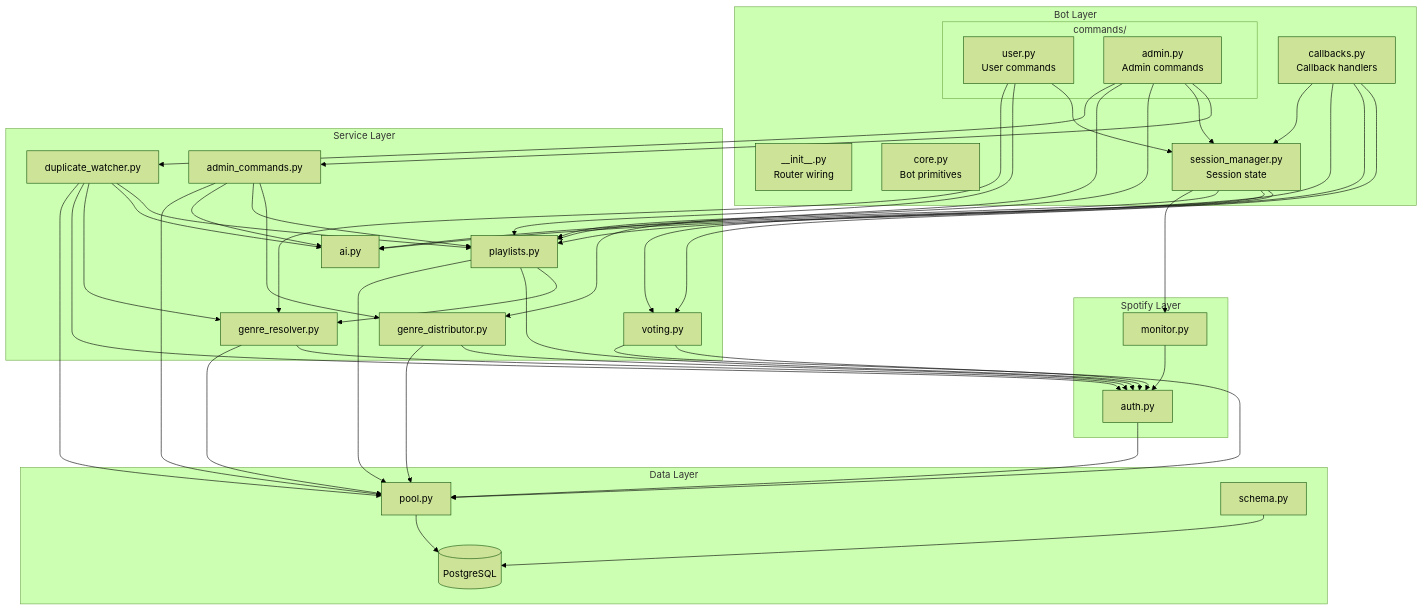
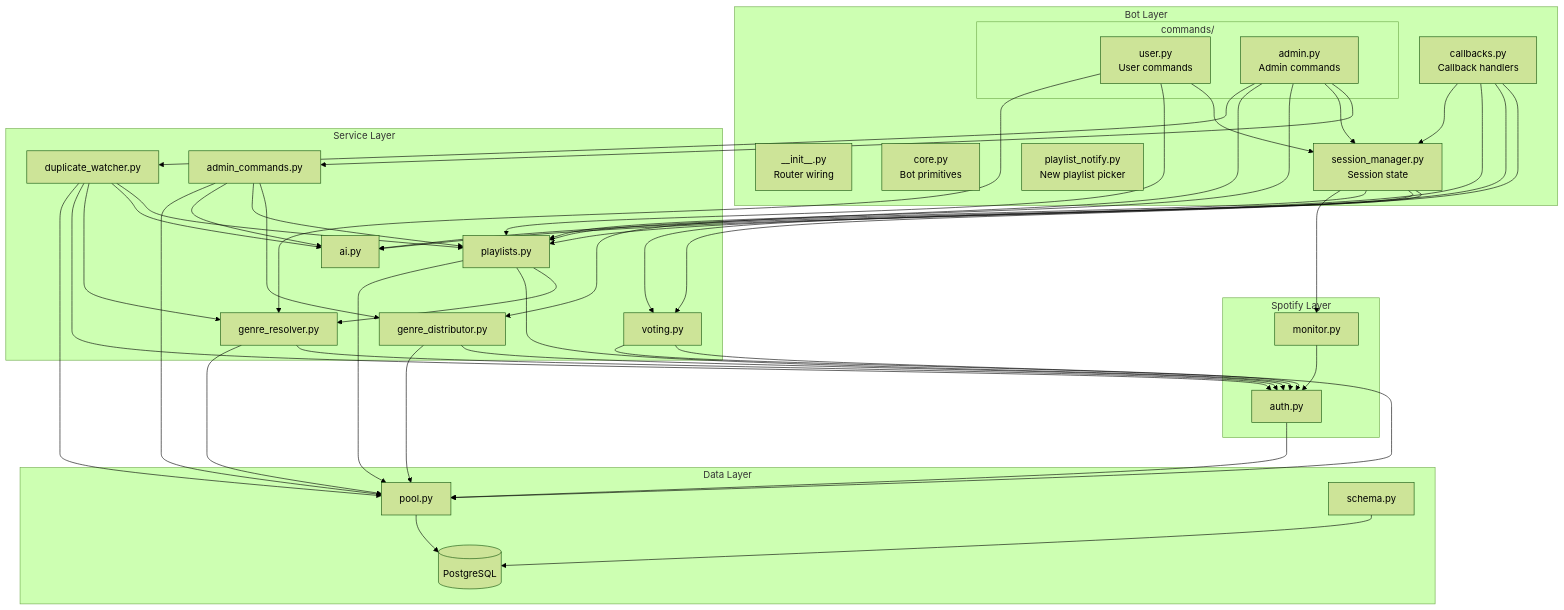
Before and after one commit to ndomanovskiy/maspotifybot: the diagram in docs/architecture/01-modules.md, drawn with Mermaid (forest theme). The commit also changed other lines of this file and 14 other files, not shown here.

````diff
--- a/docs/architecture/01-modules.md
+++ b/docs/architecture/01-modules.md
@@ -5,78 +5,79 @@
 ```mermaid
 graph TB
     subgraph Telegram["Bot Layer"]
         INIT["__init__.py<br/>Router wiring"]
         CORE["core.py<br/>Bot primitives"]
         SM["session_manager.py<br/>Session state"]
         CB["callbacks.py<br/>Callback handlers"]
+        PN["playlist_notify.py<br/>New playlist picker"]
         subgraph Commands["commands/"]
             USR["user.py<br/>User commands"]
             ADM["admin.py<br/>Admin commands"]
         end
     end
 
     subgraph Services["Service Layer"]
         V[voting.py]
         P[playlists.py]
         AC[admin_commands.py]
         GD[genre_distributor.py]
         GR[genre_resolver.py]
         AI[ai.py]
         DW[duplicate_watcher.py]
     end
 
     subgraph Spotify["Spotify Layer"]
         AUTH[auth.py]
         MON[monitor.py]
     end
 
     subgraph Data["Data Layer"]
         DB[(PostgreSQL)]
         POOL[pool.py]
         SCH[schema.py]
     end
 
     SM --> V
     SM --> AI
     SM --> P
     CB --> V
     CB --> P
     CB --> AI
     CB --> SM
     USR --> SM
     USR --> P
     USR --> GR
     ADM --> AC
     ADM --> SM
     ADM --> P
     ADM --> GD
     ADM --> DW
 
     AC --> GD
     AC --> P
     AC --> AI
     DW --> P
     DW --> AI
     DW --> GR
     P --> GR
     GD --> AUTH
 
     V --> AUTH
     P --> AUTH
     DW --> AUTH
     GR --> AUTH
     MON --> AUTH
 
     SM --> MON
 
     V --> POOL
     P --> POOL
     AC --> POOL
     GD --> POOL
     GR --> POOL
     DW --> POOL
     AUTH --> POOL
 
     POOL --> DB
     SCH --> DB
 ```
````
